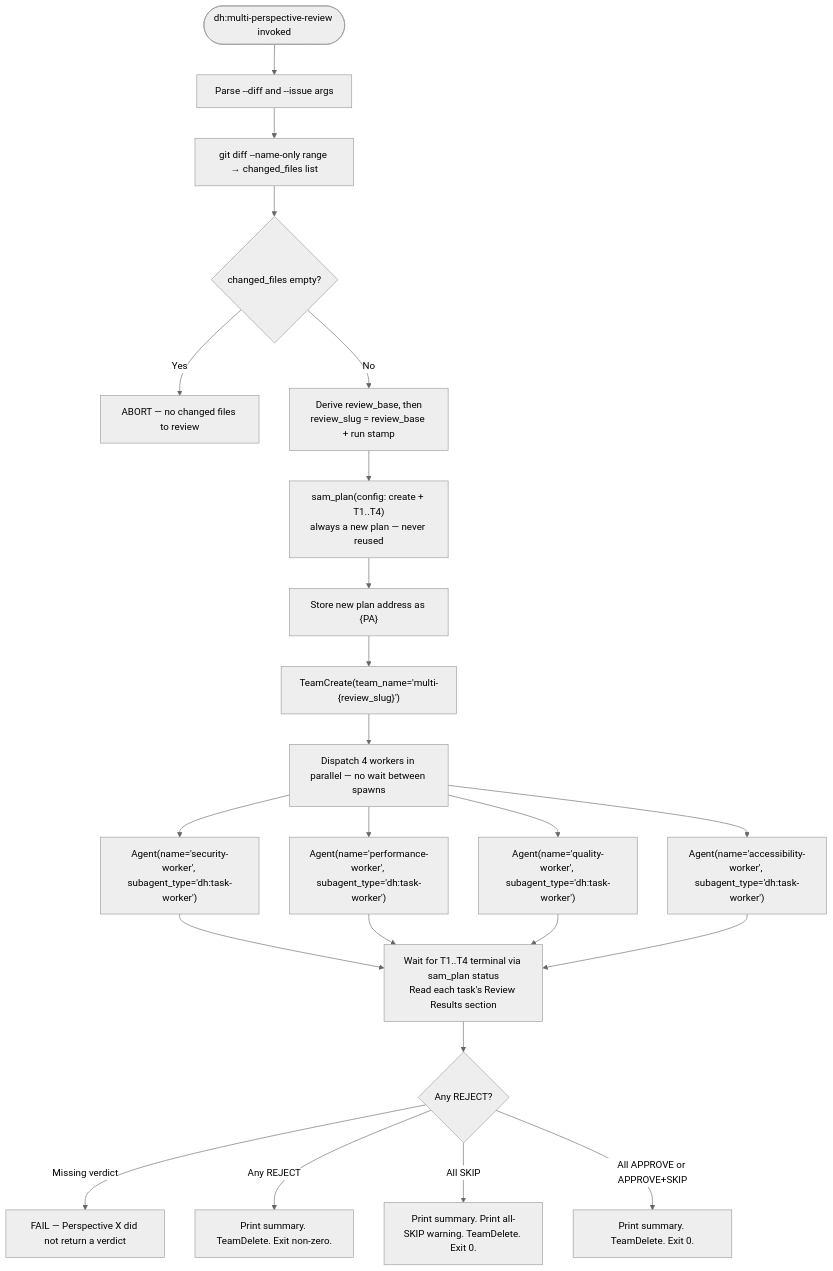
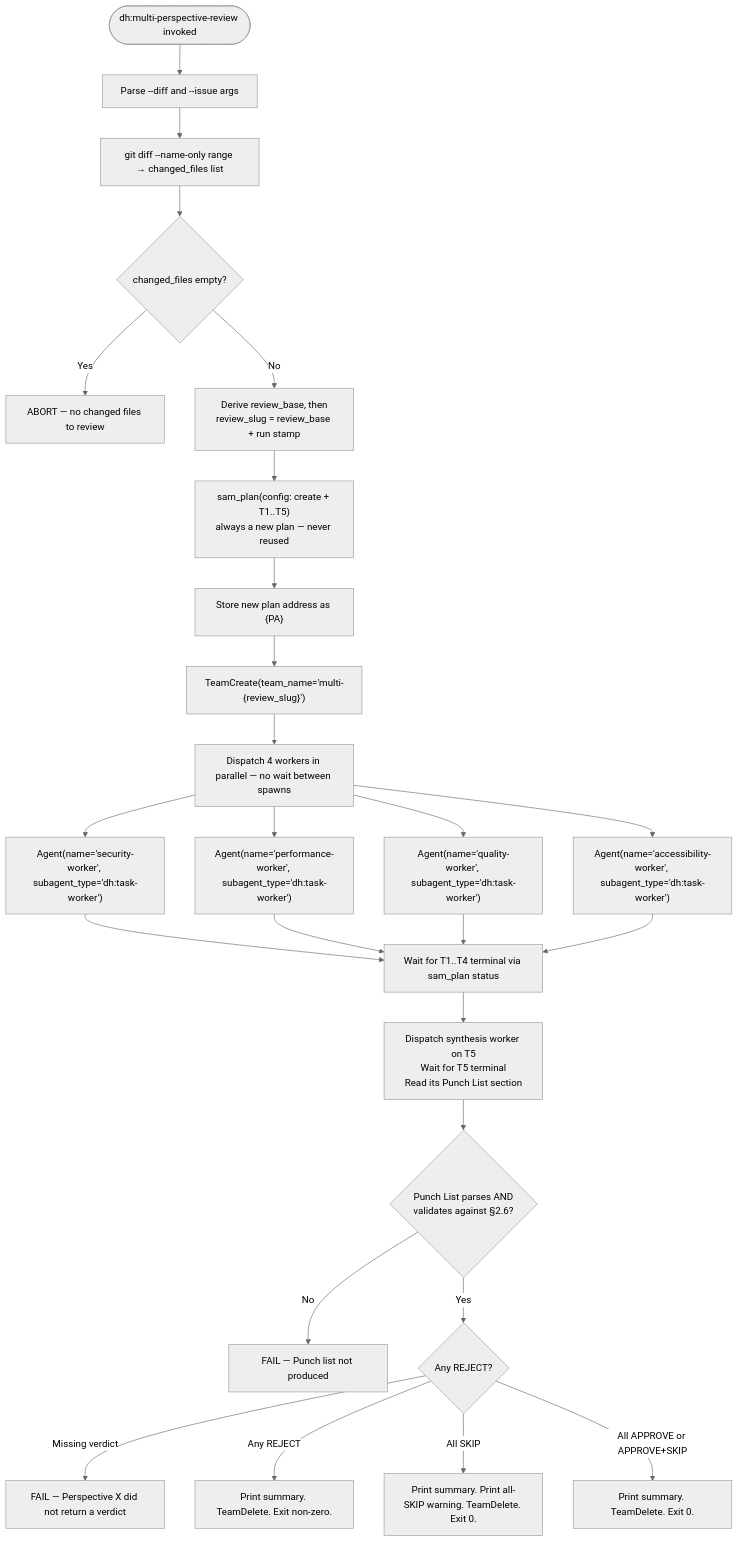
Before and after one commit to Jamie-BitFlight/claude_skills: the diagram in plugins/development-harness/skills/multi-perspective-review/SKILL.md, drawn with Mermaid (neutral theme). The commit also changed other lines of this file and 7 other files, not shown here.

````diff
--- a/plugins/development-harness/skills/multi-perspective-review/SKILL.md
+++ b/plugins/development-harness/skills/multi-perspective-review/SKILL.md
@@ -332,25 +340,28 @@
 ```mermaid
 flowchart TD
     Start([dh:multi-perspective-review invoked]) --> Parse[Parse --diff and --issue args]
     Parse --> Files["git diff --name-only range → changed_files list"]
     Files --> Empty{changed_files empty?}
     Empty -->|Yes| Abort[ABORT — no changed files to review]
     Empty -->|No| Slug["Derive review_base, then<br>review_slug = review_base + run stamp"]
-    Slug --> CreatePlan["sam_plan(config: create + T1..T4)<br>always a new plan — never reused"]
+    Slug --> CreatePlan["sam_plan(config: create + T1..T5)<br>always a new plan — never reused"]
     CreatePlan --> PlanAddr["Store new plan address as {PA}"]
     PlanAddr --> Team["TeamCreate(team_name='multi-{review_slug}')"]
     Team --> Parallel[Dispatch 4 workers in parallel — no wait between spawns]
     Parallel --> W1["Agent(name='security-worker', subagent_type='dh:task-worker')"]
     Parallel --> W2["Agent(name='performance-worker', subagent_type='dh:task-worker')"]
     Parallel --> W3["Agent(name='quality-worker', subagent_type='dh:task-worker')"]
     Parallel --> W4["Agent(name='accessibility-worker', subagent_type='dh:task-worker')"]
-    W1 --> Collect["Wait for T1..T4 terminal via sam_plan status<br>Read each task's Review Results section"]
+    W1 --> Collect["Wait for T1..T4 terminal via sam_plan status"]
     W2 --> Collect
     W3 --> Collect
     W4 --> Collect
-    Collect --> Gate{Any REJECT?}
+    Collect --> Synth["Dispatch synthesis worker on T5<br>Wait for T5 terminal<br>Read its Punch List section"]
+    Synth --> NoList{"Punch List parses AND<br>validates against §2.6?"}
+    NoList -->|No| FailSynth[FAIL — Punch list not produced]
+    NoList -->|Yes| Gate{Any REJECT?}
     Gate -->|Missing verdict| Fail[FAIL — Perspective X did not return a verdict]
     Gate -->|Any REJECT| Fail2[Print summary. TeamDelete. Exit non-zero.]
     Gate -->|All SKIP| Warn[Print summary. Print all-SKIP warning. TeamDelete. Exit 0.]
     Gate -->|All APPROVE or APPROVE+SKIP| Pass[Print summary. TeamDelete. Exit 0.]
 ```
````
